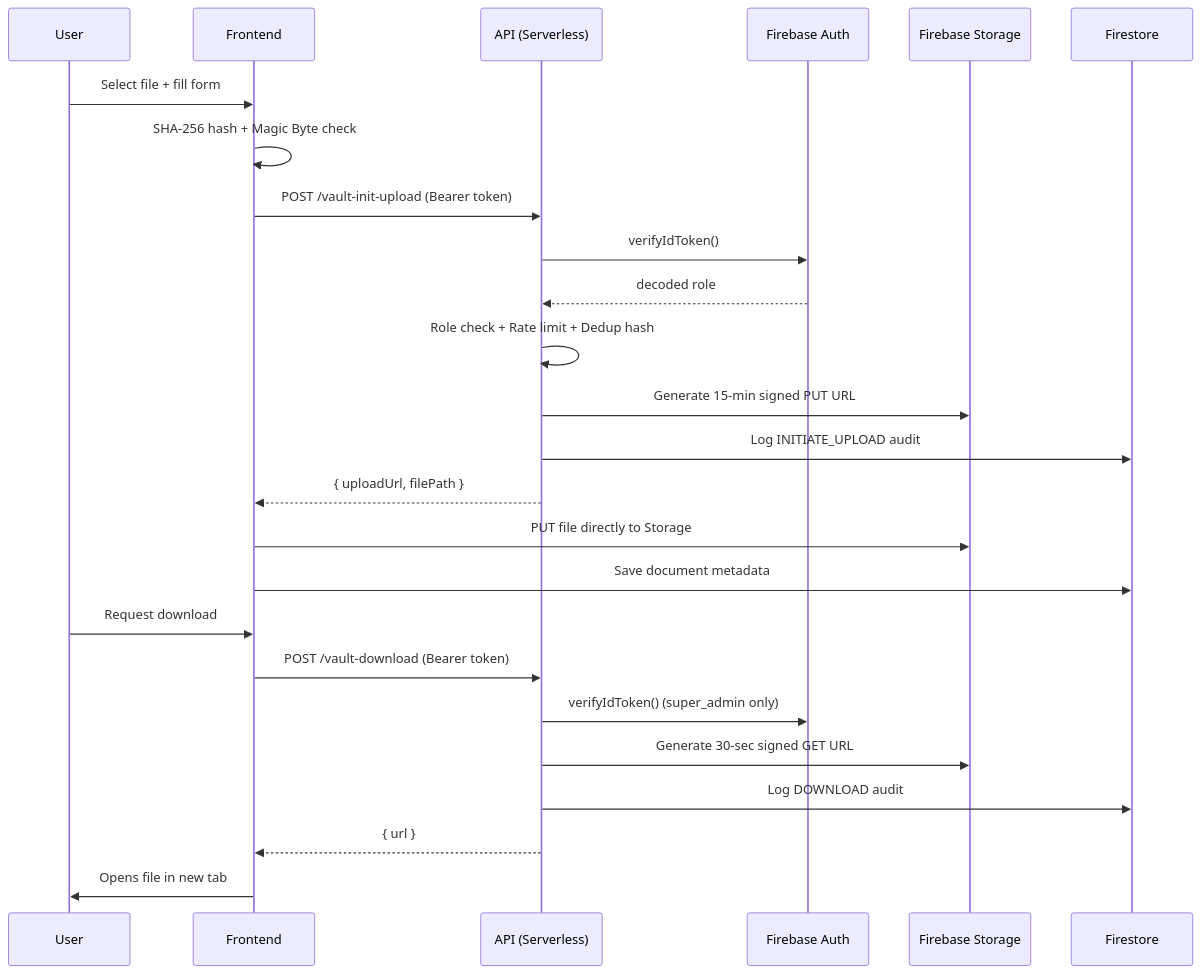
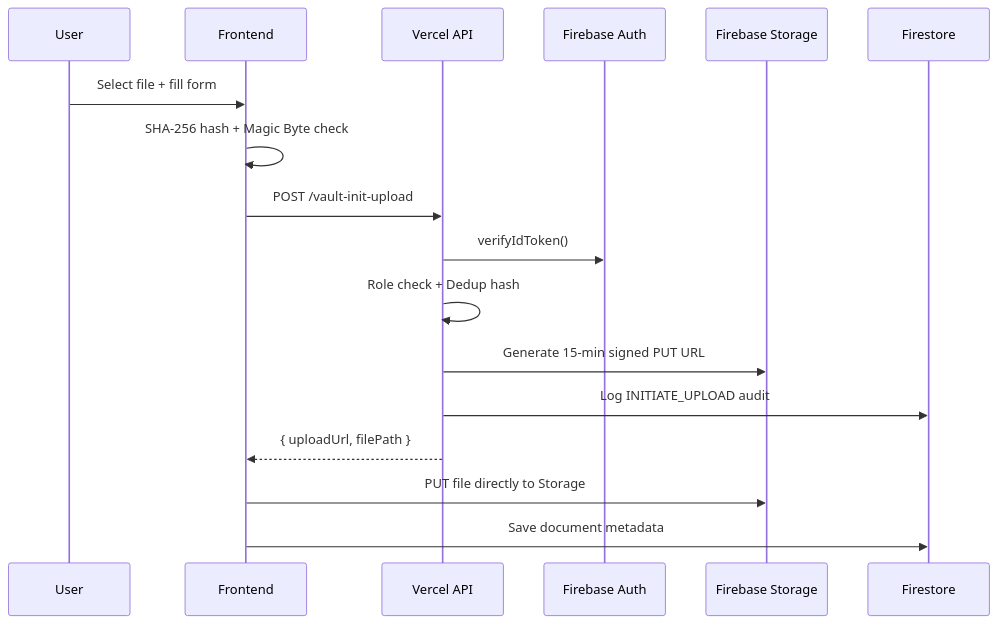
The fourth of 7 diagrams in README.md (MRINALPRAKASHFSD/Induction-Program), drawn with Mermaid before and after one commit. The commit also changed other lines of this file, not shown here.

Commit message:
docs: update README with Fast Track and Upstash architecture

````diff
--- a/README.md
+++ b/README.md
@@ -123,28 +145,20 @@
 ```mermaid
 sequenceDiagram
     participant U as User
     participant FE as Frontend
-    participant API as API (Serverless)
+    participant API as Vercel API
     participant FB as Firebase Auth
     participant GCS as Firebase Storage
     participant FS as Firestore
 
     U->>FE: Select file + fill form
     FE->>FE: SHA-256 hash + Magic Byte check
-    FE->>API: POST /vault-init-upload (Bearer token)
+    FE->>API: POST /vault-init-upload
     API->>FB: verifyIdToken()
-    FB-->>API: decoded role
-    API->>API: Role check + Rate limit + Dedup hash
+    API->>API: Role check + Dedup hash
     API->>GCS: Generate 15-min signed PUT URL
     API->>FS: Log INITIATE_UPLOAD audit
     API-->>FE: { uploadUrl, filePath }
     FE->>GCS: PUT file directly to Storage
     FE->>FS: Save document metadata
-    U->>FE: Request download
-    FE->>API: POST /vault-download (Bearer token)
-    API->>FB: verifyIdToken() (super_admin only)
-    API->>GCS: Generate 30-sec signed GET URL
-    API->>FS: Log DOWNLOAD audit
-    API-->>FE: { url }
-    FE->>U: Opens file in new tab
 ```
````
